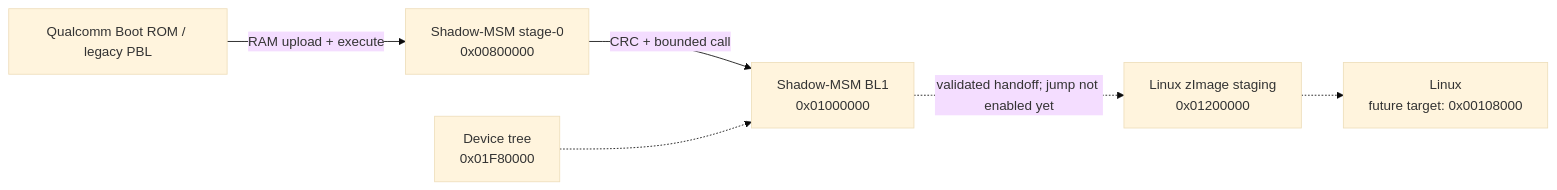
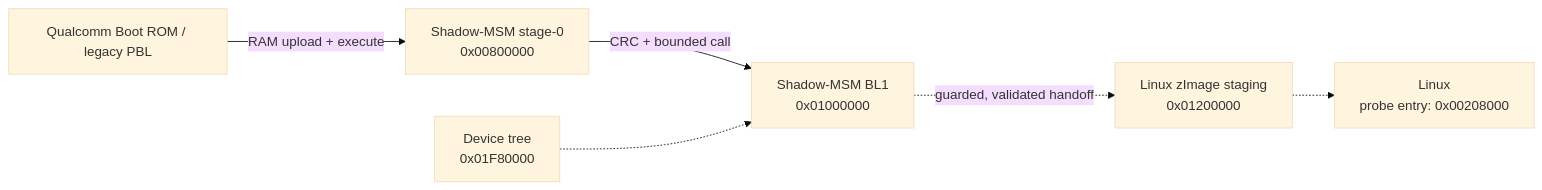
Before and after one commit to Flashbang-Time/Shadow-MSM: the diagram in README.md, drawn with Mermaid (base theme). The commit also changed other lines of this file and 5 other files, not shown here.

````diff
--- a/README.md
+++ b/README.md
@@ -79,15 +79,15 @@
 ```mermaid
 flowchart LR
     PBL["Qualcomm Boot ROM / legacy PBL"]
     S0["Shadow-MSM stage-0<br/>0x00800000"]
     BL1["Shadow-MSM BL1<br/>0x01000000"]
     ZI["Linux zImage staging<br/>0x01200000"]
     DTB["Device tree<br/>0x01F80000"]
-    LINUX["Linux<br/>future target: 0x00108000"]
+    LINUX["Linux<br/>probe entry: 0x00208000"]
 
     PBL -->|"RAM upload + execute"| S0
     S0 -->|"CRC + bounded call"| BL1
-    BL1 -.->|"validated handoff; jump not enabled yet"| ZI
+    BL1 -.->|"guarded, validated handoff"| ZI
     DTB -.-> BL1
     ZI -.-> LINUX
 ```
````
